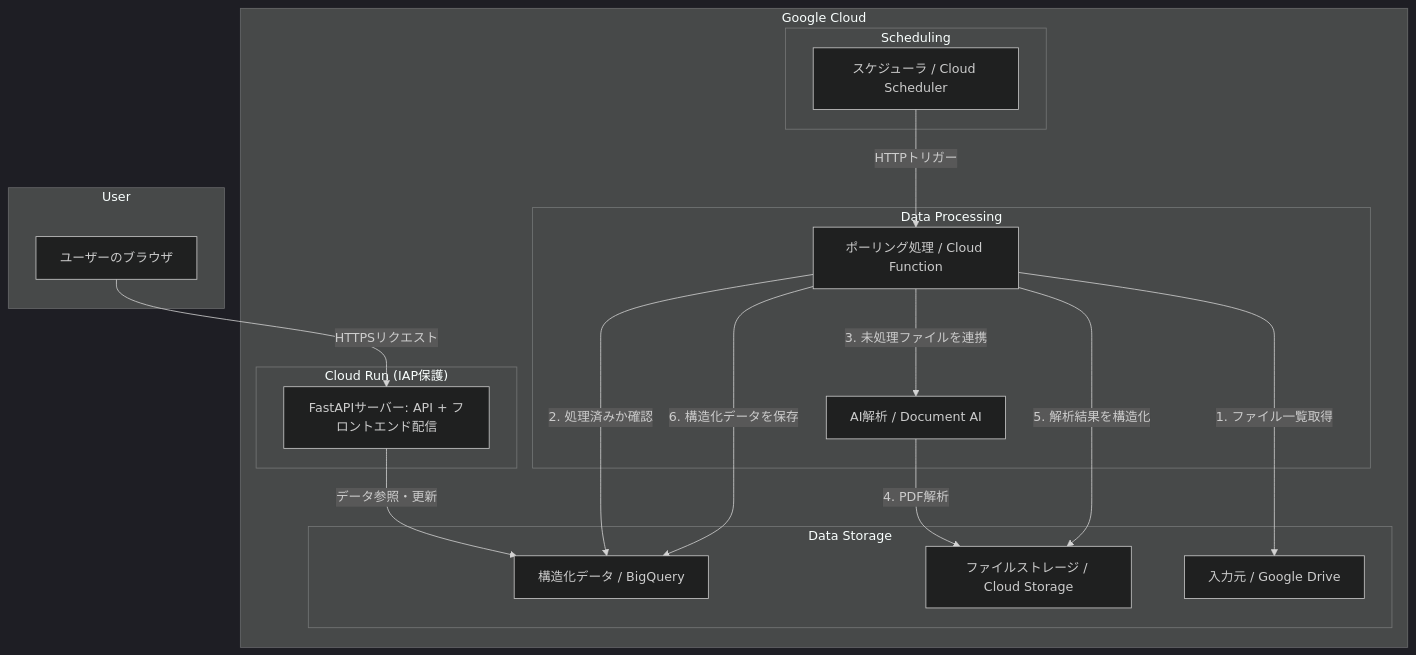
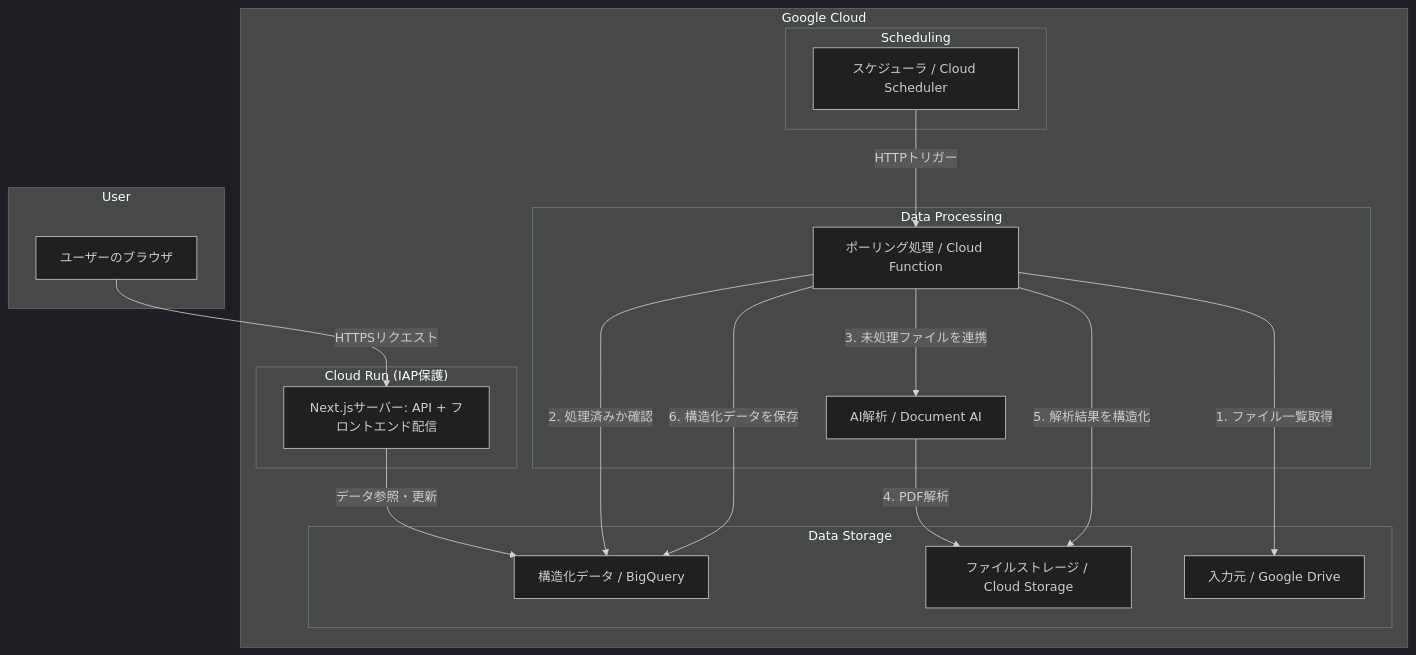
One commit to utky/preschool-agent changed the first of 4 diagrams in docs/design.md. Above: the diagram before and after it, drawn with Mermaid (dark theme). The commit also changed other lines of this file and 2 other files, not shown here.

````diff
--- a/docs/design.md
+++ b/docs/design.md
@@ -11,34 +11,34 @@
 ```mermaid
 graph TD
     subgraph User
         U[ユーザーのブラウザ]
     end
 
     subgraph "Google Cloud"
         subgraph "Cloud Run (IAP保護)"
-            B[FastAPIサーバー: API + フロントエンド配信]
+            B[Next.jsサーバー: API + フロントエンド配信]
         end
         subgraph "Data Processing"
             C[ポーリング処理 / Cloud Function]
             D[AI解析 / Document AI]
         end
         subgraph "Data Storage"
             E[構造化データ / BigQuery]
             F[ファイルストレージ / Cloud Storage]
             G[入力元 / Google Drive]
         end
         subgraph "Scheduling"
             H[スケジューラ / Cloud Scheduler]
         end
     end
 
     U -- "HTTPSリクエスト" --> B
     B -- "データ参照・更新" --> E
     H -- "HTTPトリガー" --> C
     C -- "1. ファイル一覧取得" --> G
     C -- "2. 処理済みか確認" --> E
     C -- "3. 未処理ファイルを連携" --> D
     D -- "4. PDF解析" --> F
     C -- "5. 解析結果を構造化" --> F
     C -- "6. 構造化データを保存" --> E
 ```
````
